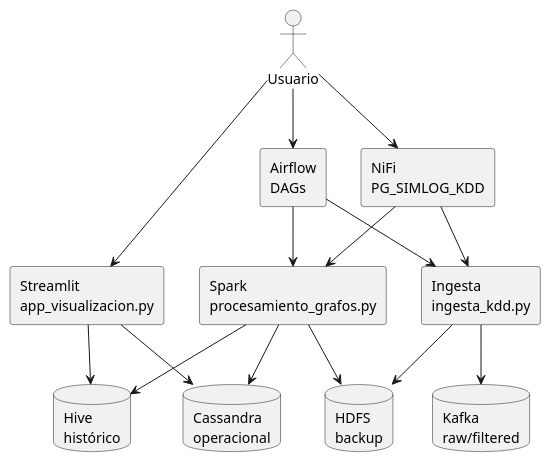
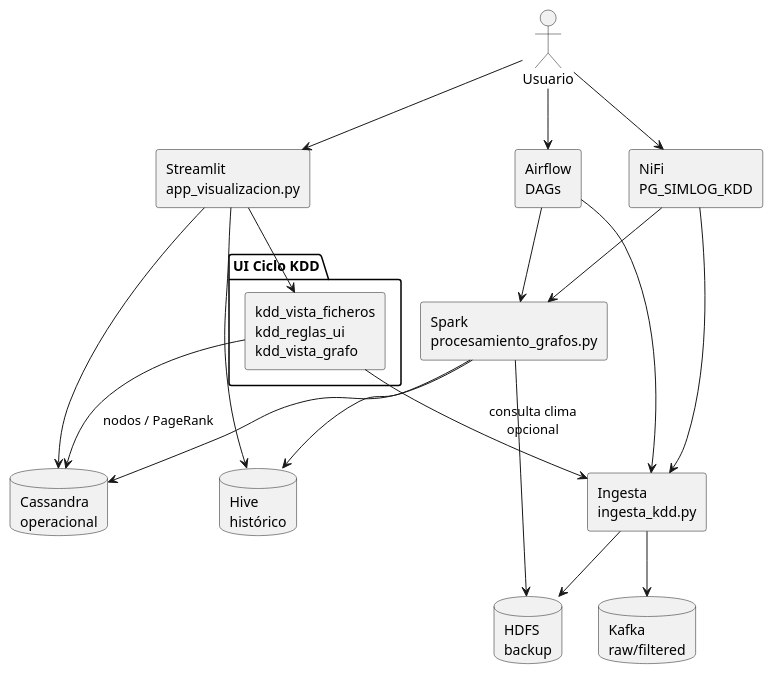
Before and after one commit to gracobjo/proyecto_transporte_global_standalone: the diagram in docs/uml/componentes_simlog.puml, drawn with PlantUML. The commit also changed 17 other files, not shown here.

First line of the commit message:
Documentar y hacer trazable la UI del ciclo KDD

```diff
--- a/docs/uml/componentes_simlog.puml
+++ b/docs/uml/componentes_simlog.puml
@@ -1,34 +1,41 @@
 @startuml
 skinparam componentStyle rectangle
 
 actor "Usuario" as User
 
 component "Streamlit\napp_visualizacion.py" as UI
+package "UI Ciclo KDD" {
+  component "kdd_vista_ficheros\nkdd_reglas_ui\nkdd_vista_grafo" as KDDUI
+}
 component "NiFi\nPG_SIMLOG_KDD" as NiFi
 component "Airflow\nDAGs" as Airflow
 component "Ingesta\ningesta_kdd.py" as Ingesta
 component "Spark\nprocesamiento_grafos.py" as Spark
 database "Kafka\nraw/filtered" as Kafka
 database "HDFS\nbackup" as HDFS
 database "Cassandra\noperacional" as Cas
 database "Hive\nhistórico" as Hive
 
 User --> UI
 User --> NiFi
 User --> Airflow
+
+UI --> KDDUI
+KDDUI --> Ingesta : consulta clima\nopcional
+KDDUI --> Cas : nodos / PageRank
 
 NiFi --> Ingesta
 Airflow --> Ingesta
 Ingesta --> Kafka
 Ingesta --> HDFS
 
 NiFi --> Spark
 Airflow --> Spark
 Spark --> Cas
 Spark --> Hive
 Spark --> HDFS
 
 UI --> Cas
 UI --> Hive
 
 @enduml
```
